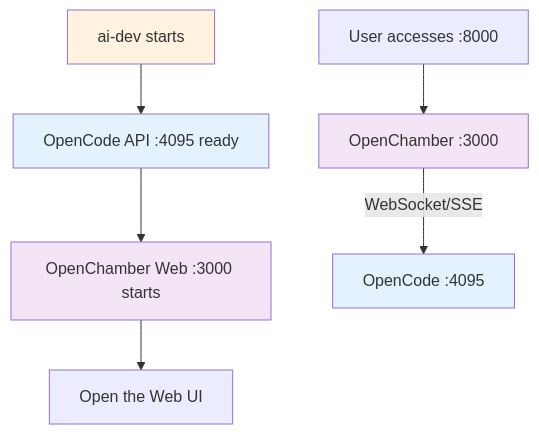
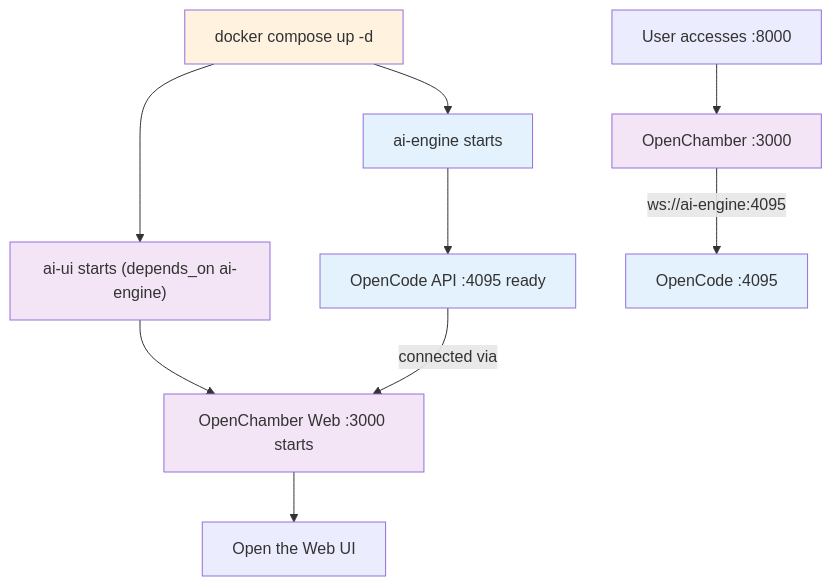
The third of 10 diagrams in docs/ARCHITECTURE.md (tryweb/ai-engkit), drawn with Mermaid before and after one commit. The commit also changed other lines of this file and 10 other files, not shown here.

````diff
--- a/docs/ARCHITECTURE.md
+++ b/docs/ARCHITECTURE.md
@@ -83,15 +87,20 @@
 ```mermaid
 graph TD
-    A["ai-dev starts"] --> D["OpenCode API :4095 ready"]
-    D --> E["OpenChamber Web :3000 starts"]
+    A["docker compose up -d"] --> B["ai-engine starts"]
+    A --> C["ai-ui starts (depends_on ai-engine)"]
+    B --> D["OpenCode API :4095 ready"]
+    C --> E["OpenChamber Web :3000 starts"]
+    D -->|"connected via"| E
     E --> F["Open the Web UI"]
 
     G["User accesses :8000"] --> H["OpenChamber :3000"]
-    H -->|"WebSocket/SSE"| I["OpenCode :4095"]
+    H -->|"ws://ai-engine:4095"| I["OpenCode :4095"]
 
     style A fill:#fff3e0
+    style B fill:#e3f2fd
+    style C fill:#f3e5f5
     style D fill:#e3f2fd
     style E fill:#f3e5f5
     style H fill:#f3e5f5
     style I fill:#e3f2fd
 ```
````
